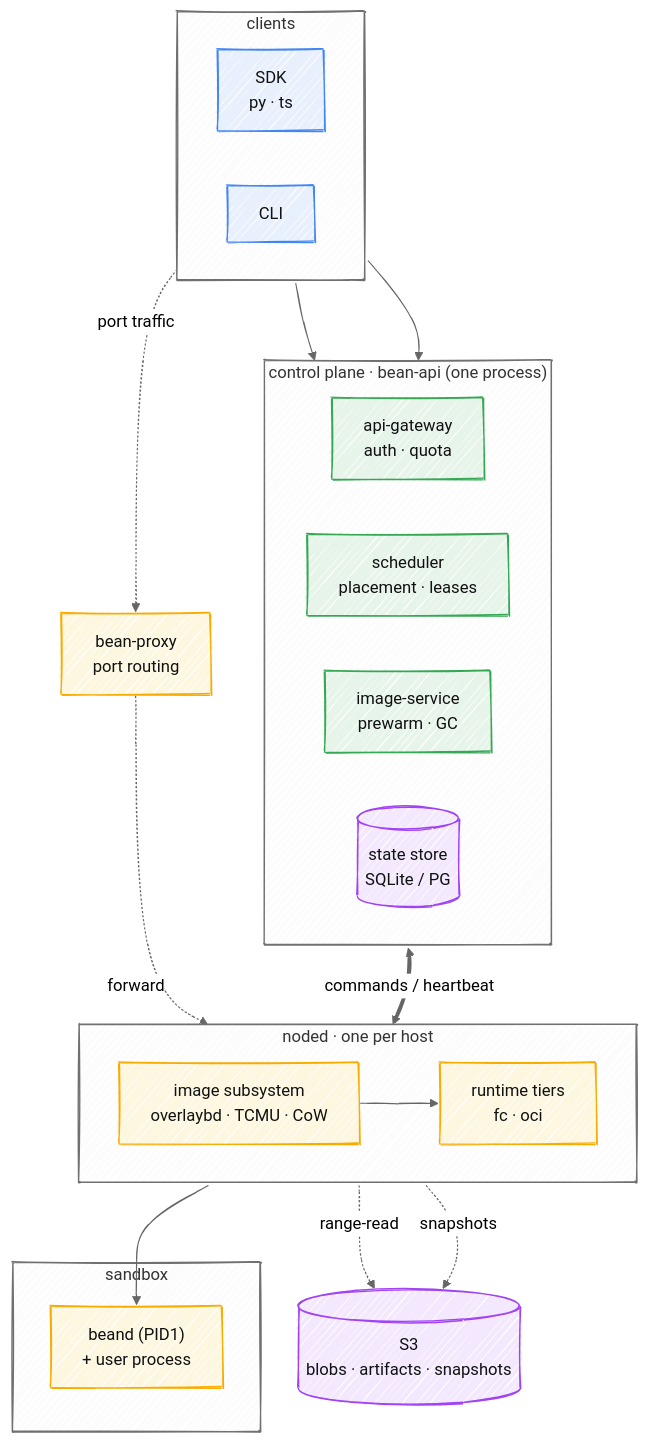
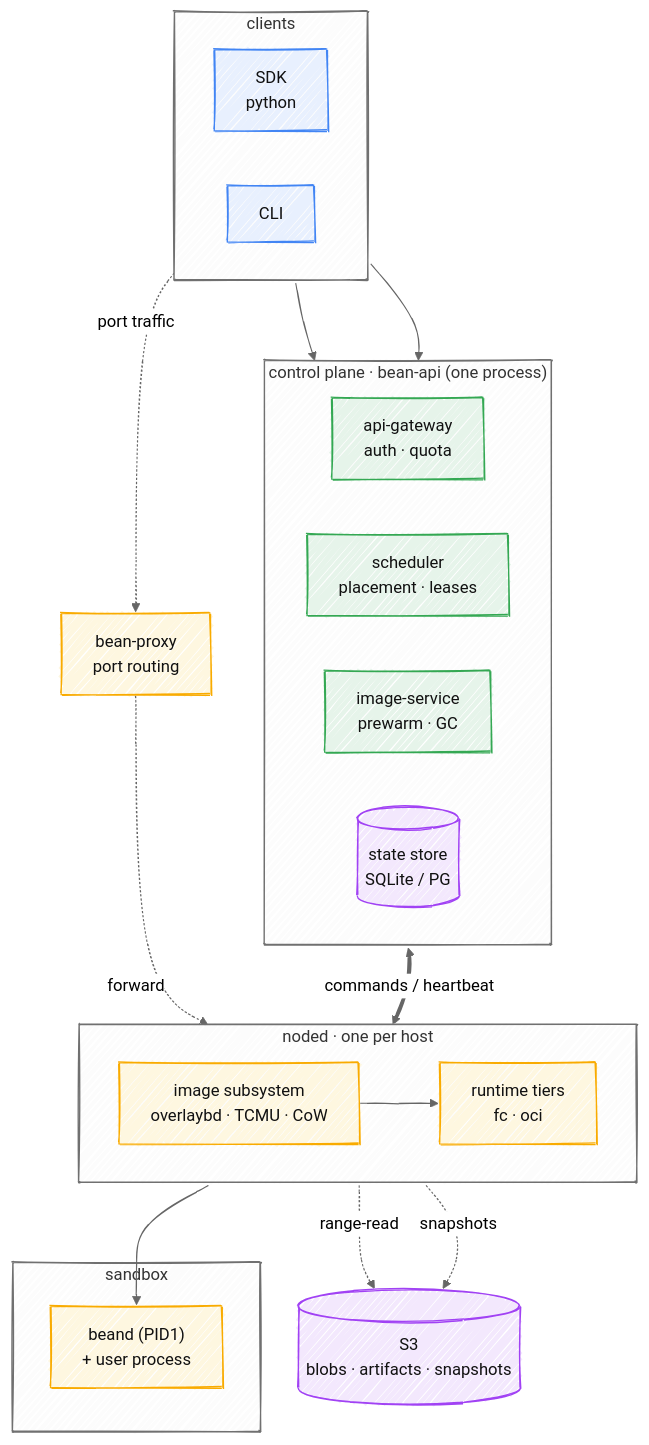
The second of 2 diagrams in README.md (garysng/bean), drawn with Mermaid before and after one commit. The commit also changed other lines of this file and 13 other files, not shown here.

````diff
--- a/README.md
+++ b/README.md
@@ -240,56 +240,56 @@
 ```mermaid
 ---
 config:
   look: handDrawn
   theme: neutral
   flowchart:
     curve: basis
 ---
 flowchart TB
   subgraph CLIENTS["clients"]
     direction LR
-    SDK["SDK<br>py · ts"]
+    SDK["SDK<br>python"]
     CLI["CLI"]
   end
 
   subgraph CP["control plane · bean-api (one process)"]
     direction LR
     API["api-gateway<br>auth · quota"]
     SCHED["scheduler<br>placement · leases"]
     IMGS["image-service<br>prewarm · GC"]
     STORE[("state store<br>SQLite / PG")]
   end
 
   PROXY["bean-proxy<br>port routing"]
 
   subgraph NODED["noded · one per host"]
     direction LR
     IMGSUB["image subsystem<br>overlaybd · TCMU · CoW"]
     RT["runtime tiers<br>fc · oci"]
   end
 
   subgraph SBX["sandbox"]
     BEAND["beand (PID1)<br>+ user process"]
   end
 
   S3[("S3<br>blobs · artifacts · snapshots")]
 
   SDK --> API
   CLI --> API
   SDK -. port traffic .-> PROXY
   SCHED <== commands / heartbeat ==> IMGSUB
   PROXY -. forward .-> IMGSUB
   IMGSUB --> RT
   RT --> BEAND
   IMGSUB -. range-read .-> S3
   RT -. snapshots .-> S3
 
   classDef client fill:#E8F0FE,stroke:#4285F4,color:#111;
   classDef control fill:#E6F4EA,stroke:#34A853,color:#111;
   classDef data fill:#FEF7E0,stroke:#F9AB00,color:#111;
   classDef store fill:#F3E8FD,stroke:#A142F4,color:#111;
   class SDK,CLI client;
   class API,SCHED,IMGS control;
   class PROXY,IMGSUB,RT,BEAND data;
   class STORE,S3 store;
 ```
````
